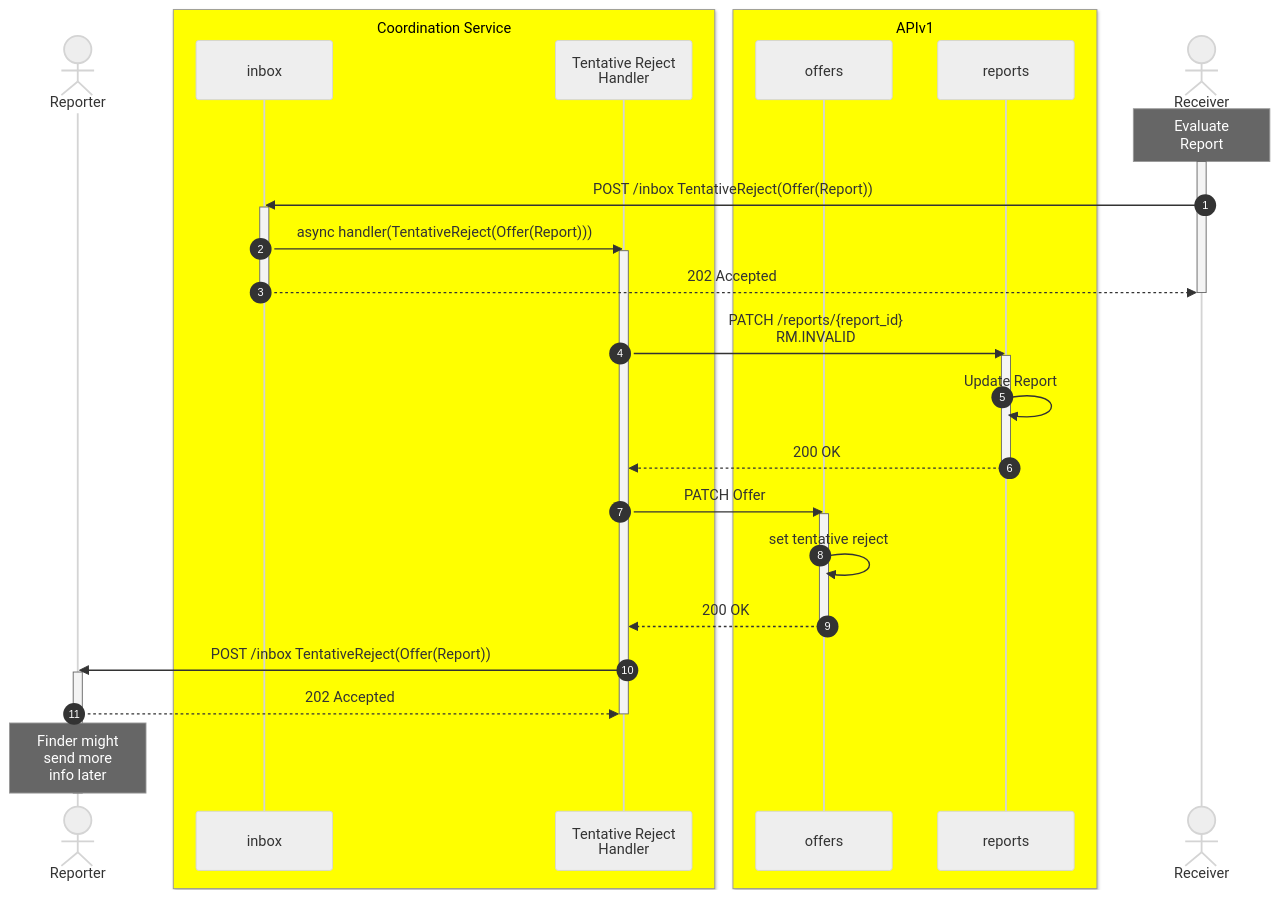
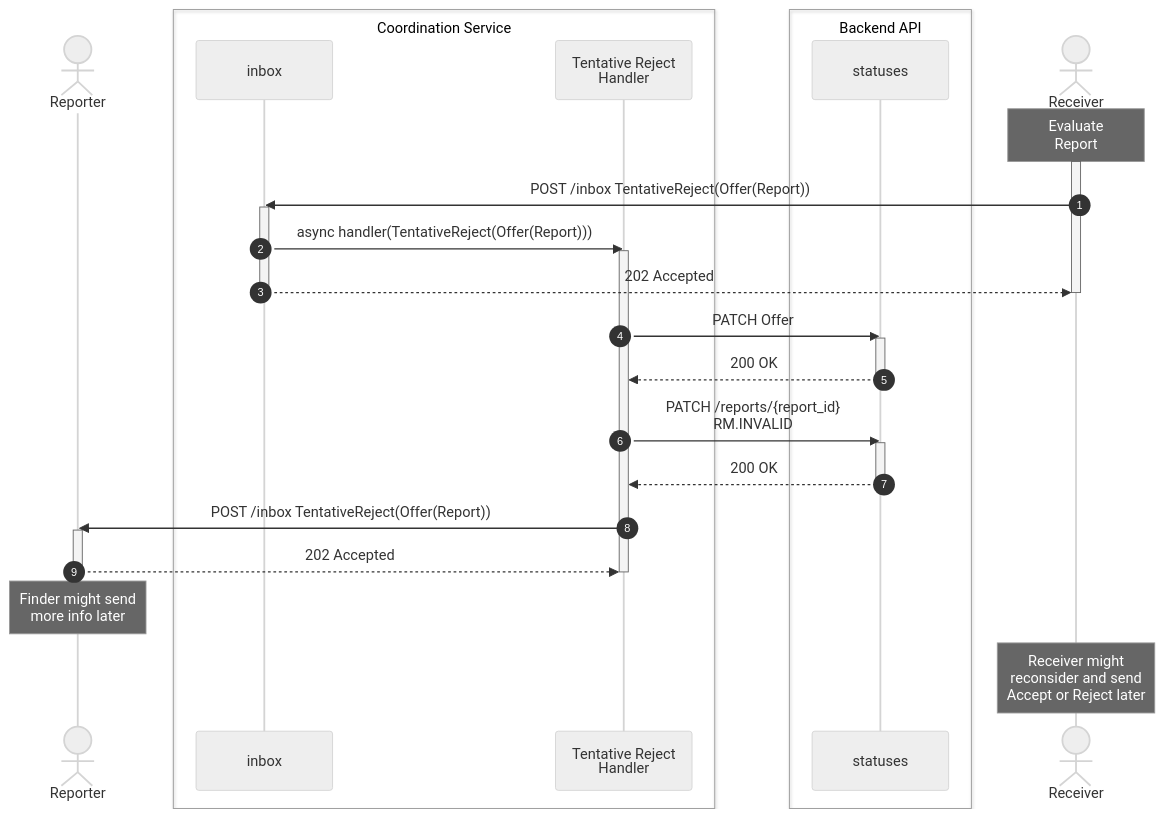
Before and after one commit to CERTCC/Vultron: the fifth of 7 diagrams in docs/howto/activitypub/activities/report_vulnerability.md, drawn with Mermaid (neutral theme). The commit also changed other lines of this file, not shown here.

Commit message:
refactor: update sequence diagrams to remove 'Yellow' prefix from service boxes

````diff
--- a/docs/howto/activitypub/activities/report_vulnerability.md
+++ b/docs/howto/activitypub/activities/report_vulnerability.md
@@ -213,39 +210,37 @@
 ```mermaid
 sequenceDiagram
     autonumber
     actor finder as Reporter
-    box Yellow Coordination Service
+    box Coordination Service
         participant inbox
         participant reject as Tentative Reject<br/>Handler
     end
-    box Yellow APIv1
-        participant offers
-        participant reports
+    box Backend API
+        participant statuses
     end
     actor coordinator as Receiver
     note over coordinator: Evaluate<br/>Report
     activate coordinator
     coordinator ->> inbox: POST /inbox TentativeReject(Offer(Report))
     activate inbox
     inbox ->> reject: async handler(TentativeReject(Offer(Report)))
     activate reject
     inbox -->> coordinator: 202 Accepted
     deactivate coordinator
     deactivate inbox
-    reject ->> reports: PATCH /reports/{report_id}<br/>RM.INVALID
-    activate reports
-    reports ->> reports: Update Report
-    reports -->> reject: 200 OK
-    deactivate reports
-    reject ->> offers: PATCH Offer
-    activate offers
-    offers ->> offers: set tentative reject
-    offers -->> reject: 200 OK
-    deactivate offers
+    reject ->> statuses: PATCH Offer
+    activate statuses
+    statuses -->> reject: 200 OK
+    deactivate statuses
+    reject ->> statuses: PATCH /reports/{report_id}<br/>RM.INVALID
+    activate statuses
+    statuses -->> reject: 200 OK
+    deactivate statuses
     reject ->> finder: POST /inbox TentativeReject(Offer(Report))
     activate finder
     finder -->> reject: 202 Accepted
     deactivate reject
-    note over finder: Finder might<br/>send more<br/>info later
     deactivate finder
+    note over finder: Finder might send<br/>more info later
+    note over coordinator: Receiver might<br/>reconsider and send<br/>Accept or Reject later
 ```
````
